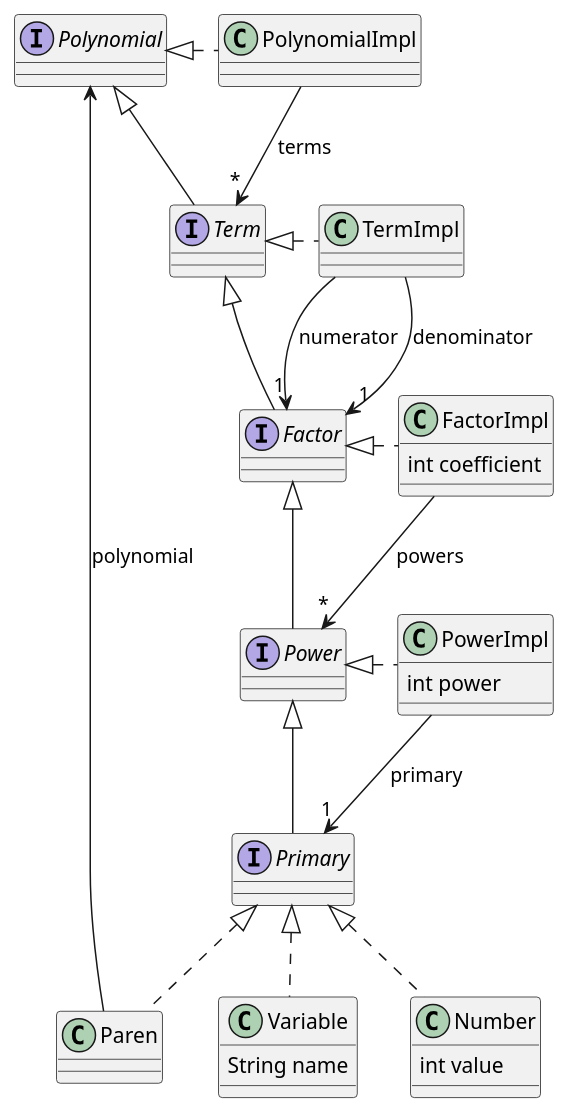
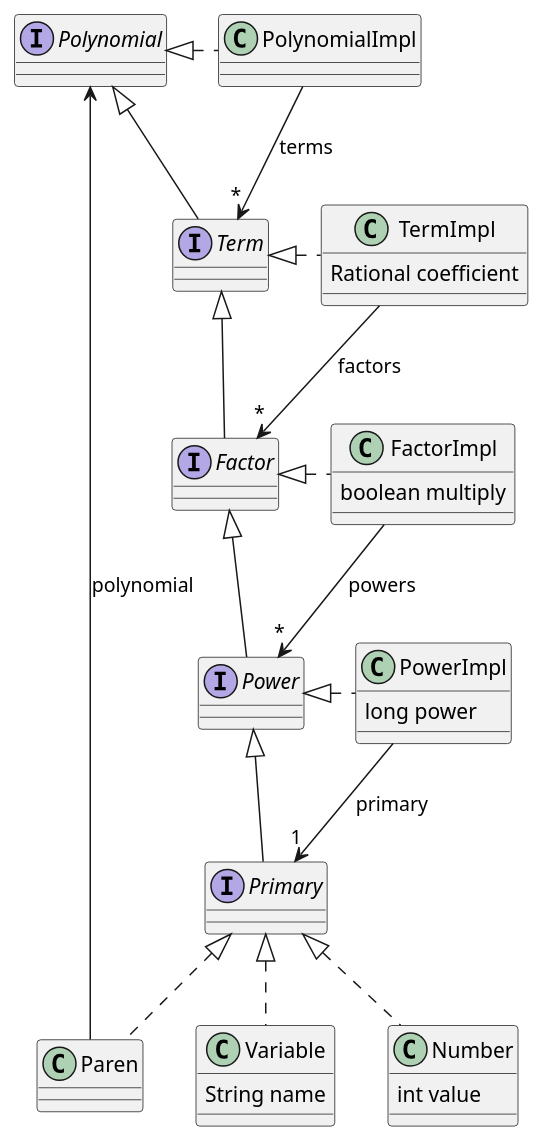
One commit to saka1029/form changed the diagram in doc/classes.plantuml. Above: the diagram before and after it, drawn with PlantUML. The commit also changed 1 other file, not shown here.

```diff
--- a/doc/classes.plantuml
+++ b/doc/classes.plantuml
@@ -1,39 +1,40 @@
 @startuml form
 interface Polynomial
 class PolynomialImpl
 PolynomialImpl .left.|> Polynomial
 PolynomialImpl --> "*" Term : terms
 interface Term
 Term -|> Polynomial
-class TermImpl
+class TermImpl {
+    Rational coefficient
+}
 TermImpl .left.|> Term
-TermImpl --> "1" Factor : numerator
-TermImpl --> "1" Factor : denominator
+TermImpl --> "*" Factor : factors
 interface Factor
 Factor -|> Term
 class FactorImpl {
-    int coefficient
+    boolean multiply
 }
 FactorImpl .left.|> Factor
 FactorImpl --> "*" Power : powers
 interface Power
 Power -|> Factor
 class PowerImpl {
-    int power
+    long power
 }
 PowerImpl .left.|> Power
 PowerImpl --> "1" Primary : primary
 interface Primary
 Primary -|> Power
 class Variable {
     String name
 }
 Variable .up.|> Primary
 class Number {
     int value
 }
 Number .up.|> Primary
 class Paren
 Paren .up.|> Primary
 Paren -up-> Polynomial : polynomial
 @enduml
```
